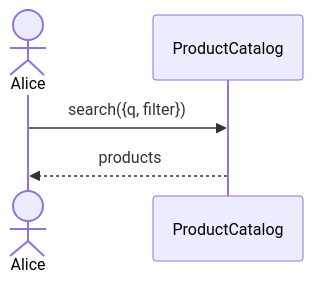
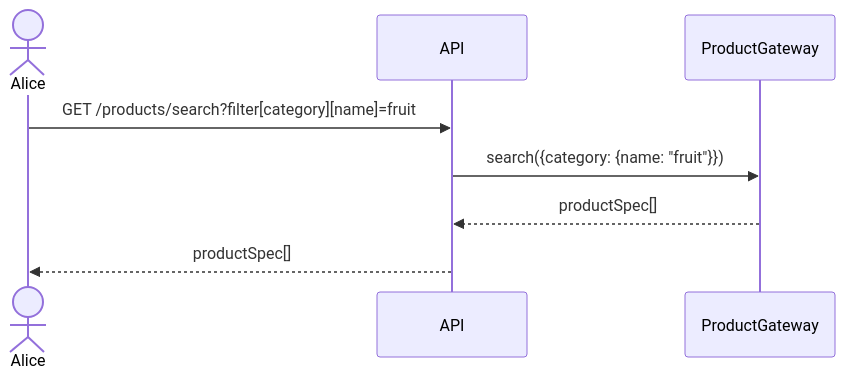
Before and after one commit to hivetown/planning: diagram 11 of 32 in sequence.md, drawn with Mermaid. The commit also changed other lines of this file, not shown here.

````diff
--- a/sequence.md
+++ b/sequence.md
@@ -284,8 +325,11 @@
 ```mermaid
 sequenceDiagram
     actor A as Alice
-    participant PC as ProductCatalog
+    participant API
+    participant PG as ProductGateway
 
-    A ->> PC: search({q, filter})
-    PC -->> A: products
+    A ->> API: GET /products/search?filter[category][name]=fruit
+    API ->> PG: search({category: {name: "fruit"}})
+    PG -->> API: productSpec[]
+    API -->> A: productSpec[]
 ```
````
